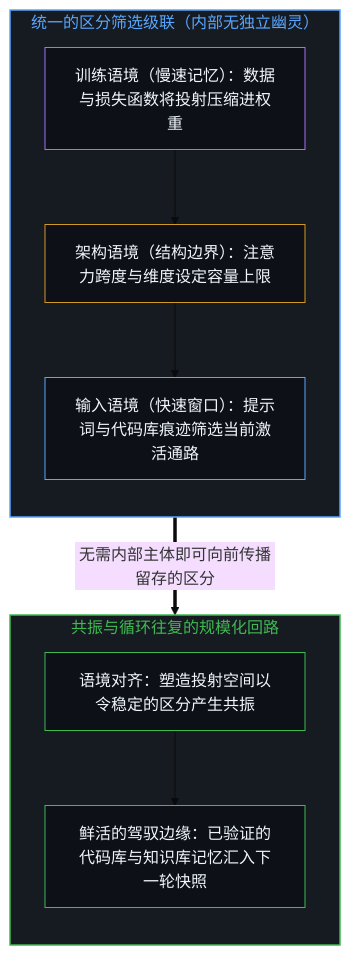
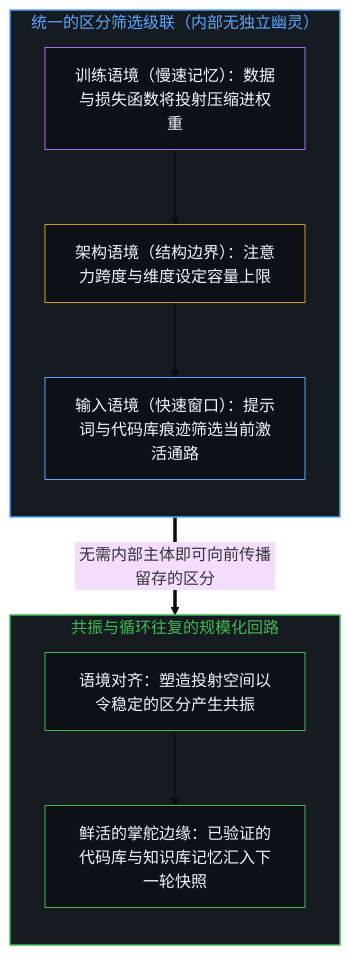
The first of 2 diagrams in content/posts/context-engineering-essay.md (powerpig99/not-a-toe), drawn with Mermaid (base theme) before and after one commit. The commit also changed other lines of this file and 11 other files, not shown here.

````diff
--- a/content/posts/context-engineering-essay.md
+++ b/content/posts/context-engineering-essay.md
@@ -23,24 +23,24 @@
 ```mermaid
 flowchart TD
     subgraph S_Cascade["统一的区分筛选级联（内部无独立幽灵）"]
         direction TB
         L_Train["训练语境（慢速记忆）：数据与损失函数将投射压缩进权重"]
         L_Arch["架构语境（结构边界）：注意力跨度与维度设定容量上限"]
         L_Input["输入语境（快速窗口）：提示词与代码库痕迹筛选当前激活通路"]
         L_Train --> L_Arch --> L_Input
     end
     subgraph S_Loop["共振与循环往复的规模化回路"]
         direction TB
         R_Align["语境对齐：塑造投射空间以令稳定的区分产生共振"]
-        R_Expand["鲜活的驾驭边缘：已验证的代码库与知识库记忆汇入下一轮快照"]
+        R_Expand["鲜活的掌舵边缘：已验证的代码库与知识库记忆汇入下一轮快照"]
         R_Align --> R_Expand
     end
     L_Input ==>|"无需内部主体即可向前传播留存的区分"| R_Align
     style S_Cascade fill:#161b22,stroke:#58a6ff,stroke-width:1.5px,color:#58a6ff
     style S_Loop fill:#161b22,stroke:#3fb950,stroke-width:1.5px,color:#3fb950
     style L_Train fill:#0d1117,stroke:#a371f7,stroke-width:1px,color:#f0f6fc
     style L_Arch fill:#0d1117,stroke:#d29922,stroke-width:1px,color:#f0f6fc
     style L_Input fill:#0d1117,stroke:#58a6ff,stroke-width:1px,color:#f0f6fc
     style R_Align fill:#0d1117,stroke:#3fb950,stroke-width:1px,color:#f0f6fc
     style R_Expand fill:#0d1117,stroke:#3fb950,stroke-width:1px,color:#f0f6fc
 ```
````
